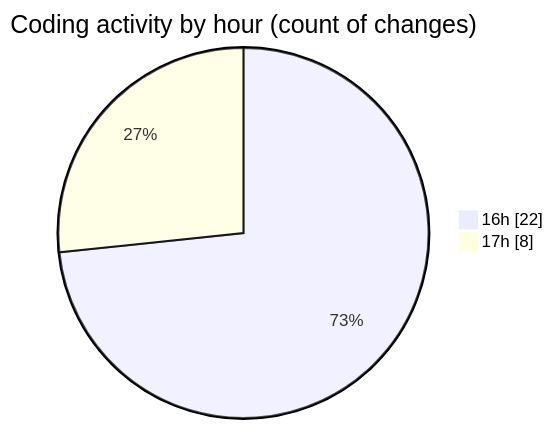
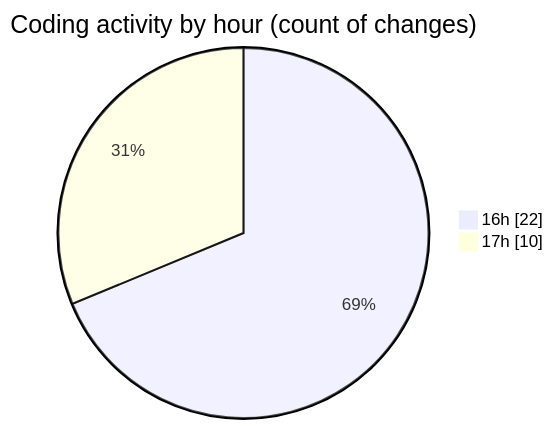
The second of 2 diagrams in 2026-02-17/bot_v1_2/README.md (becaeroporto-bot/code-tracking), drawn with Mermaid before and after one commit. The commit also changed other lines of this file and 1 other file, not shown here.

````diff
--- a/2026-02-17/bot_v1_2/README.md
+++ b/2026-02-17/bot_v1_2/README.md
@@ -39,6 +40,6 @@
 ```mermaid
 pie showData
 title Coding activity by hour (count of changes)
 "16h" : 22
-"17h" : 8
+"17h" : 10
 ```
````
